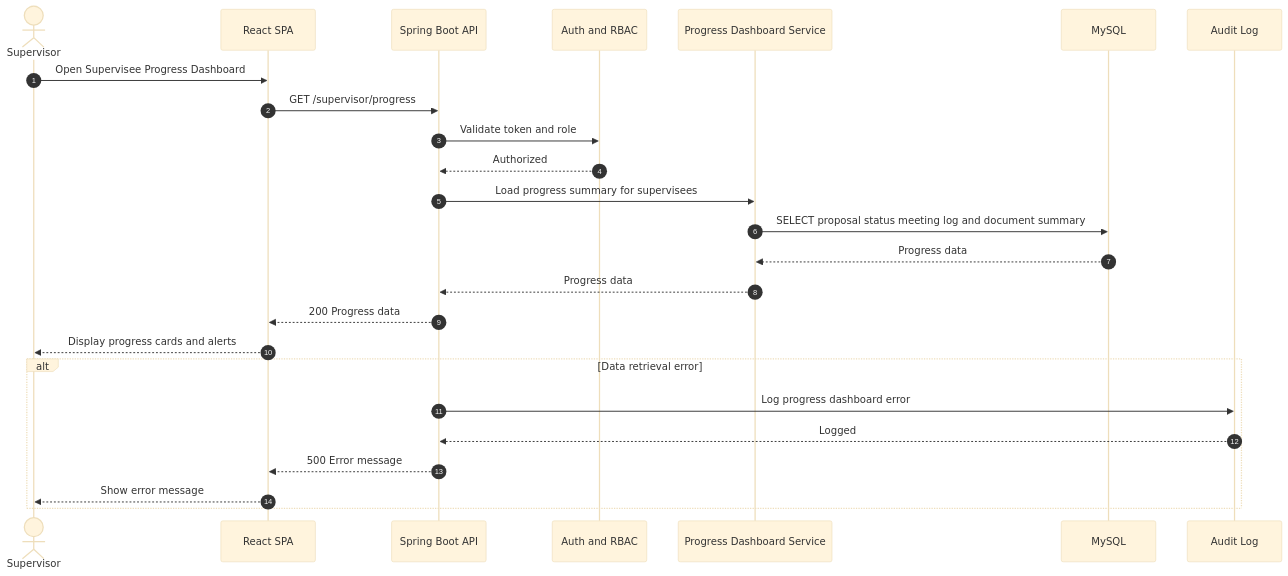
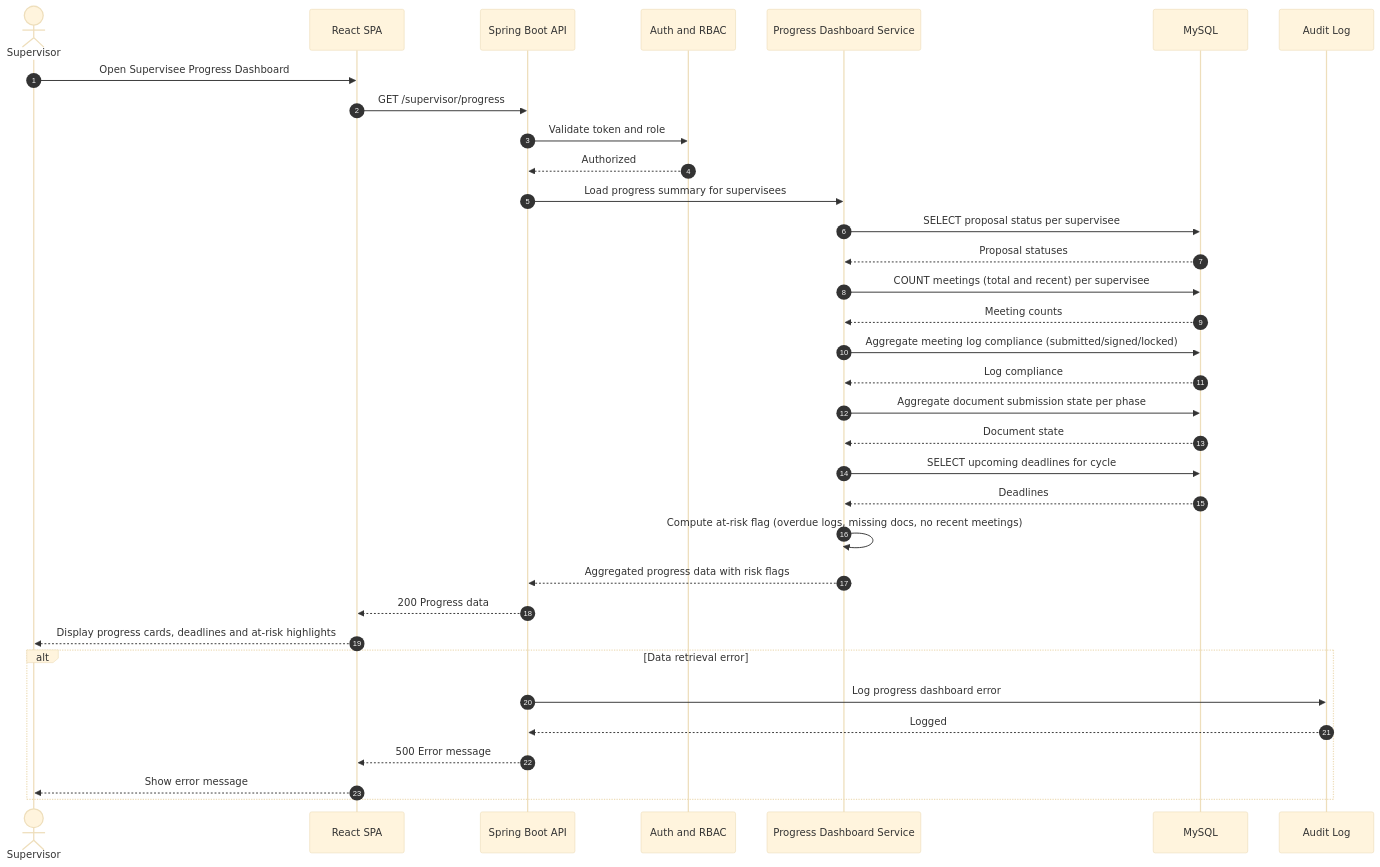
Before and after one commit to taizhixuan/fyp-supervision-system: diagram 22 of 33 in Project-info/Sequence Diagram.md, drawn with Mermaid (base theme). The commit also changed other lines of this file and 4 other files, not shown here.

Commit message:
restructure C3, ERD, data dictionary and sequence diagram docs

````diff
--- a/Project-info/Sequence Diagram.md
+++ b/Project-info/Sequence Diagram.md
@@ -1753,30 +1808,41 @@
 ```mermaid
 sequenceDiagram
   autonumber
   actor SUP as Supervisor
   participant FE as React SPA
   participant BE as Spring Boot API
   participant AUTH as Auth and RBAC
   participant DASH as Progress Dashboard Service
   participant DB as MySQL
   participant AUD as Audit Log
 
   SUP->>FE: Open Supervisee Progress Dashboard
   FE->>BE: GET /supervisor/progress
   BE->>AUTH: Validate token and role
   AUTH-->>BE: Authorized
 
   BE->>DASH: Load progress summary for supervisees
-  DASH->>DB: SELECT proposal status meeting log and document summary
-  DB-->>DASH: Progress data
-  DASH-->>BE: Progress data
+  %% NEW (FYP2): explicit aggregations per supervisee
+  DASH->>DB: SELECT proposal status per supervisee
+  DB-->>DASH: Proposal statuses
+  DASH->>DB: COUNT meetings (total and recent) per supervisee
+  DB-->>DASH: Meeting counts
+  DASH->>DB: Aggregate meeting log compliance (submitted/signed/locked)
+  DB-->>DASH: Log compliance
+  DASH->>DB: Aggregate document submission state per phase
+  DB-->>DASH: Document state
+  DASH->>DB: SELECT upcoming deadlines for cycle
+  DB-->>DASH: Deadlines
+  %% NEW (FYP2): risk evaluation
+  DASH->>DASH: Compute at-risk flag (overdue logs, missing docs, no recent meetings)
+  DASH-->>BE: Aggregated progress data with risk flags
   BE-->>FE: 200 Progress data
-  FE-->>SUP: Display progress cards and alerts
+  FE-->>SUP: Display progress cards, deadlines and at-risk highlights
 
   alt Data retrieval error
     BE->>AUD: Log progress dashboard error
     AUD-->>BE: Logged
     BE-->>FE: 500 Error message
     FE-->>SUP: Show error message
   end
 ```
````
